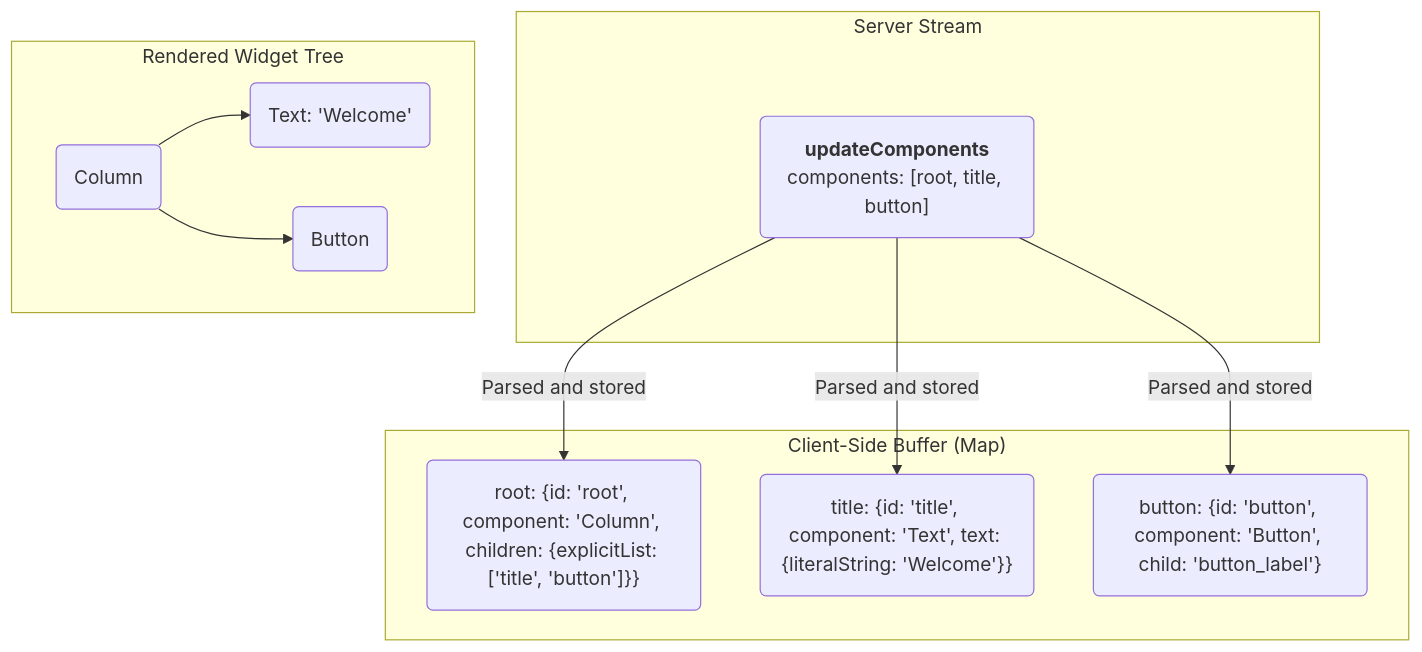
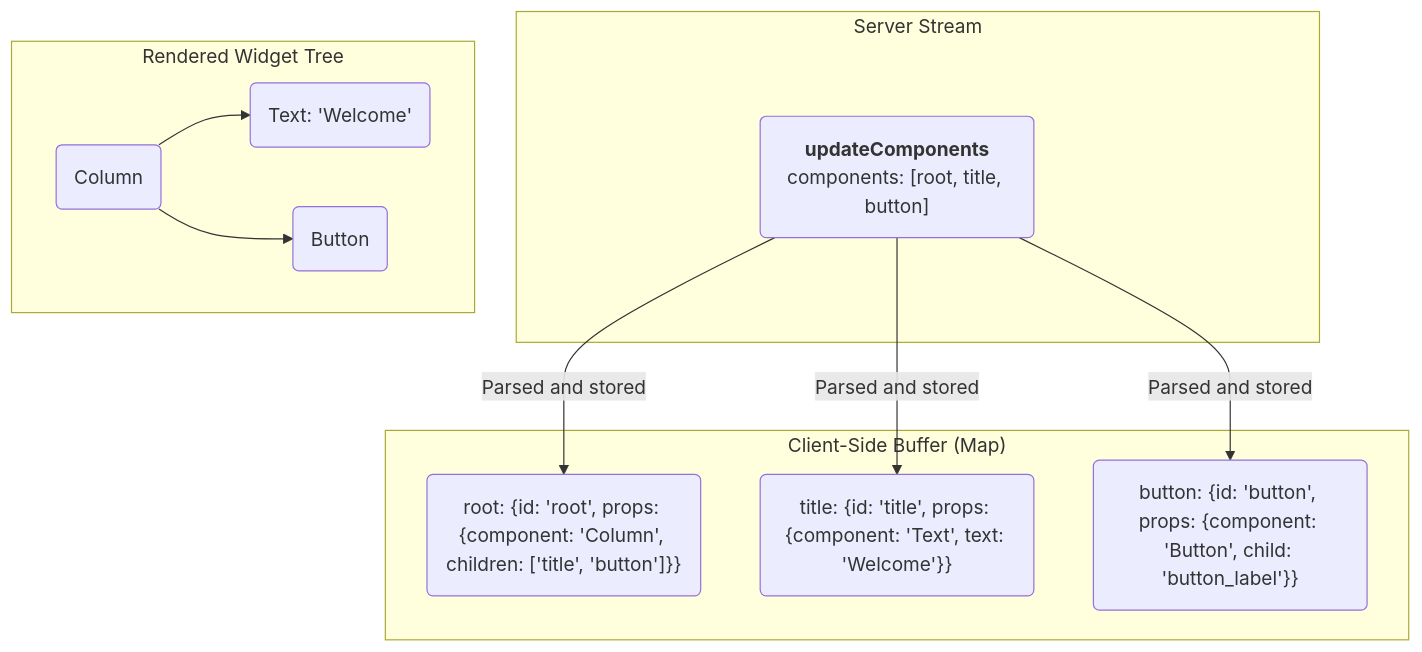
The second of 2 diagrams in specification/0.9/docs/a2ui_protocol.md (anup42/A2UI), drawn with Mermaid before and after one commit. The commit also changed other lines of this file and 8 other files, not shown here.

````diff
--- a/specification/0.9/docs/a2ui_protocol.md
+++ b/specification/0.9/docs/a2ui_protocol.md
@@ -255,22 +255,22 @@
 ```mermaid
 flowchart TD
     subgraph "Server Stream"
         A("<b>updateComponents</b><br>components: [root, title, button]")
     end
 
     subgraph "Client-Side Buffer (Map)"
-        C("root: {id: 'root', component: 'Column', children: {explicitList: ['title', 'button']}}")
-        D("title: {id: 'title', component: 'Text', text: {literalString: 'Welcome'}}")
-        E("button: {id: 'button', component: 'Button', child: 'button_label'}")
+        C("root: {id: 'root', props: {component: 'Column', children: ['title', 'button']}}")
+        D("title: {id: 'title', props: {component: 'Text', text: 'Welcome'}}")
+        E("button: {id: 'button', props: {component: 'Button', child: 'button_label'}}")
     end
 
     subgraph "Rendered Widget Tree"
         F(Column) --> G(Text: 'Welcome')
         F --> H(Button)
     end
 
     A -- "Parsed and stored" --> C
     A -- "Parsed and stored" --> D
     A -- "Parsed and stored" --> E
 
 ```
````
